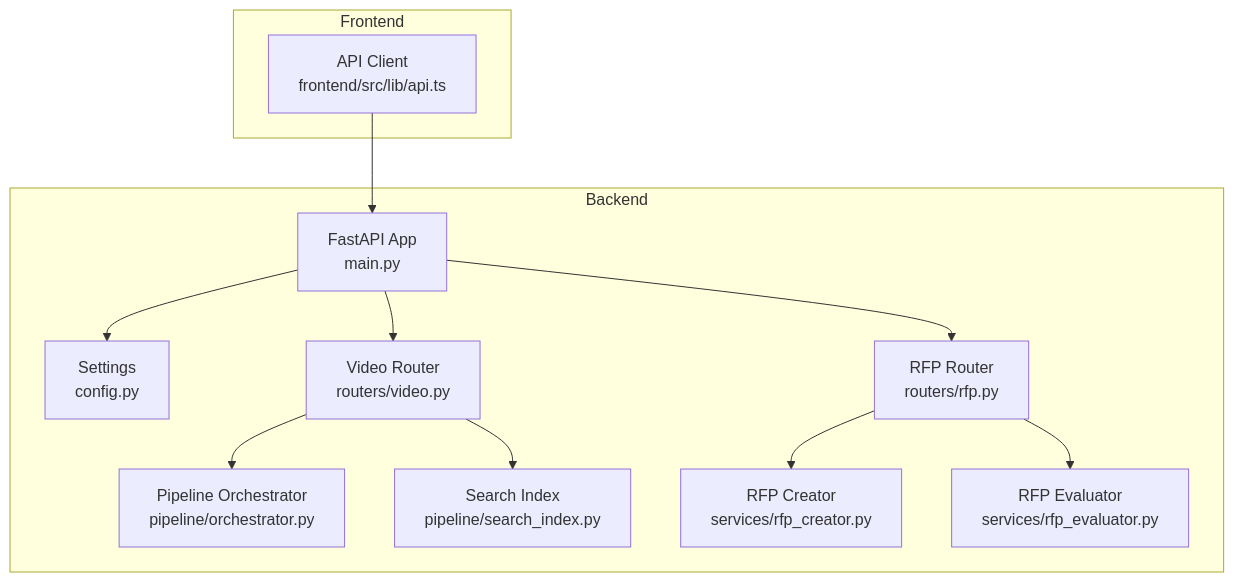
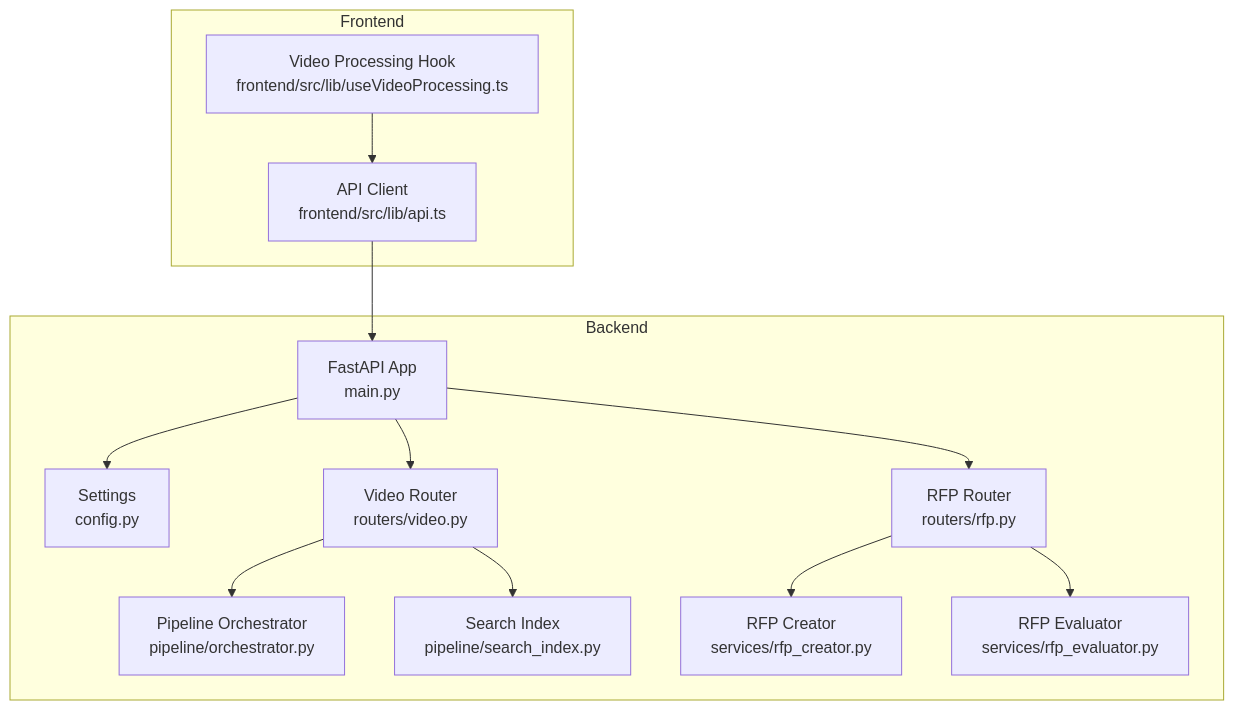
Before and after one commit to alexandreybasta-cyber/dubai-media-ai: the first of 3 diagrams in .qoder/repowiki/en/content/Backend API Reference/Backend API Reference.md, drawn with Mermaid. The commit also changed other lines of this file and 19 other files, not shown here.

````diff
--- a/.qoder/repowiki/en/content/Backend API Reference/Backend API Reference.md
+++ b/.qoder/repowiki/en/content/Backend API Reference/Backend API Reference.md
@@ -37,24 +45,26 @@
 ```mermaid
 graph TB
 subgraph "Backend"
 M["FastAPI App<br/>main.py"]
 CFG["Settings<br/>config.py"]
 VR["Video Router<br/>routers/video.py"]
 RR["RFP Router<br/>routers/rfp.py"]
 ORCH["Pipeline Orchestrator<br/>pipeline/orchestrator.py"]
 SI["Search Index<br/>pipeline/search_index.py"]
 RFC["RFP Creator<br/>services/rfp_creator.py"]
 RFE["RFP Evaluator<br/>services/rfp_evaluator.py"]
 end
 subgraph "Frontend"
 FE["API Client<br/>frontend/src/lib/api.ts"]
+UEP["Video Processing Hook<br/>frontend/src/lib/useVideoProcessing.ts"]
 end
 M --> VR
 M --> RR
 M --> CFG
 VR --> ORCH
 VR --> SI
 RR --> RFC
 RR --> RFE
 FE --> M
+UEP --> FE
 ```
````
